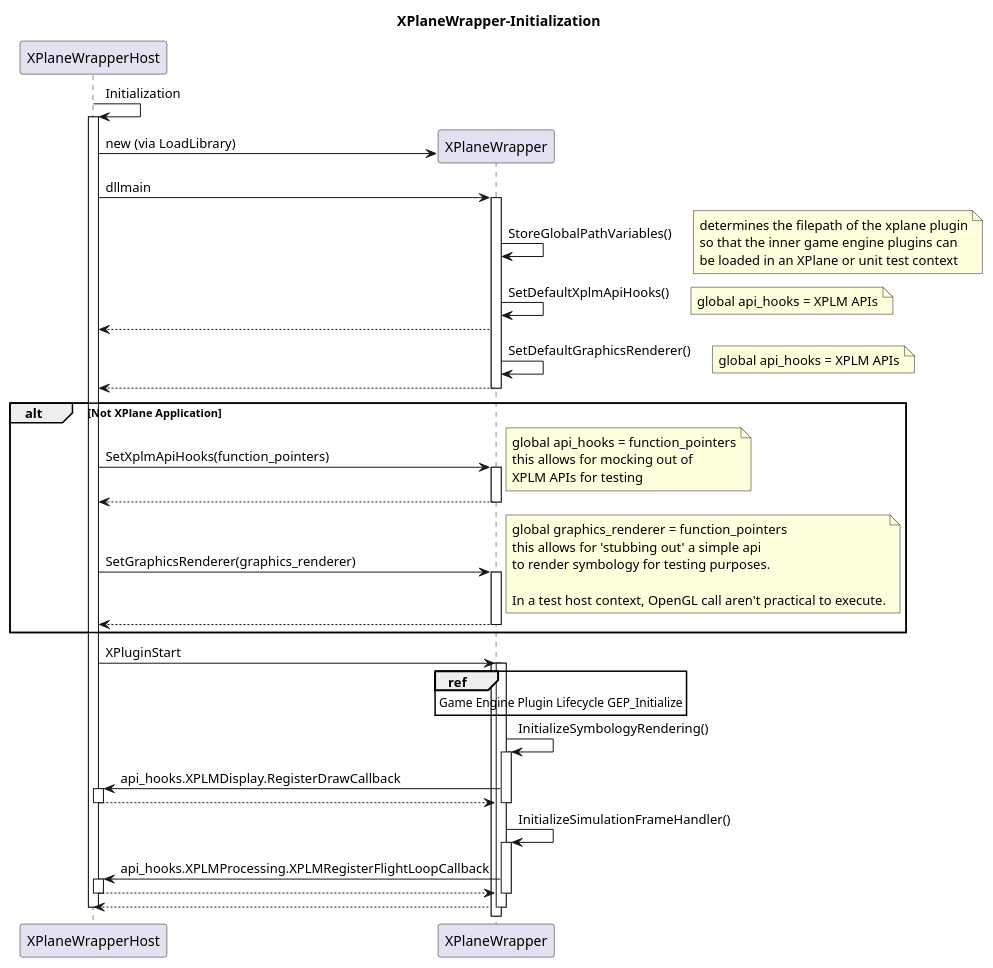
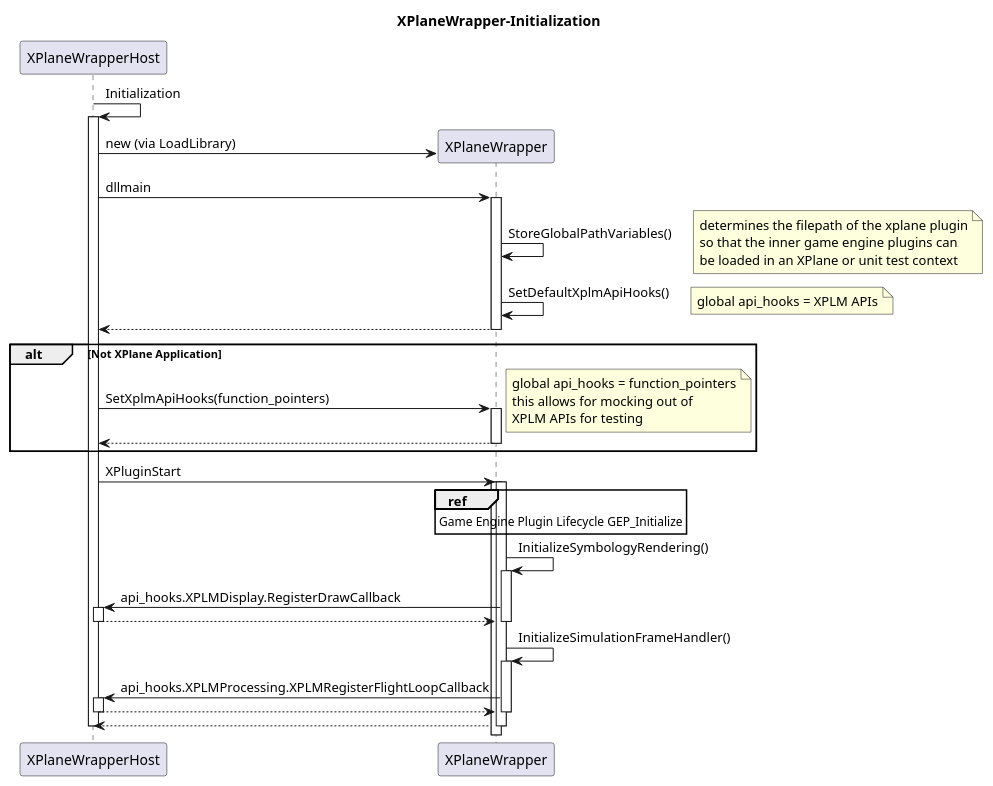
One commit to stevostj/Sandbox changed the diagram in GameEnginePlugin/Docs/SourceDiagrams/GameEnginePlugin-XPlaneWrapperInitialization-Sequence.plantuml. Above: the diagram before and after it, drawn with PlantUML. The commit also changed 5 other files, not shown here.

```diff
--- a/GameEnginePlugin/Docs/SourceDiagrams/GameEnginePlugin-XPlaneWrapperInitialization-Sequence.plantuml
+++ b/GameEnginePlugin/Docs/SourceDiagrams/GameEnginePlugin-XPlaneWrapperInitialization-Sequence.plantuml
@@ -1,89 +1,73 @@
 @startuml
 
 title "XPlaneWrapper-Initialization"
 
 participant "XPlaneWrapperHost" as XPWH
 
 XPWH -> XPWH: Initialization
 activate XPWH
 
 create participant "XPlaneWrapper" as XPW
 XPWH -> XPW: new (via LoadLibrary)
 XPWH -> XPW: dllmain
 activate XPW
 XPW -> XPW: StoreGlobalPathVariables()
 note right
 determines the filepath of the xplane plugin
 so that the inner game engine plugins can
 be loaded in an XPlane or unit test context
 end note
 XPW -> XPW: SetDefaultXplmApiHooks()
 note right
 global api_hooks = XPLM APIs
 end note
 XPW --> XPWH
 
-XPW -> XPW: SetDefaultGraphicsRenderer()
-note right
-global api_hooks = XPLM APIs
-end note
-XPW --> XPWH
-
 deactivate XPW
 
 alt Not XPlane Application
+
 XPWH -> XPW: SetXplmApiHooks(function_pointers)
 note right
 global api_hooks = function_pointers
 this allows for mocking out of 
 XPLM APIs for testing
 end note
 activate XPW
 XPW --> XPWH
 deactivate XPW
 
-XPWH -> XPW: SetGraphicsRenderer(graphics_renderer)
-note right
-global graphics_renderer = function_pointers
-this allows for 'stubbing out' a simple api
-to render symbology for testing purposes.
-
-In a test host context, OpenGL call aren't practical to execute.
-end note
-activate XPW
-XPW --> XPWH
-deactivate XPW
 end
 
 XPWH -> XPW: XPluginStart
 activate XPW
 ref over XPW
 Game Engine Plugin Lifecycle GEP_Initialize
 end ref
 
 activate XPW
 XPW -> XPW: InitializeSymbologyRendering()
 activate XPW
 XPW -> XPWH: api_hooks.XPLMDisplay.RegisterDrawCallback
 activate XPWH
 XPWH --> XPW
 deactivate XPWH
 deactivate XPW
 
 XPW -> XPW: InitializeSimulationFrameHandler()
 activate XPW
 XPW -> XPWH: api_hooks.XPLMProcessing.XPLMRegisterFlightLoopCallback
 activate XPWH
 XPWH --> XPW
 deactivate XPWH
 deactivate XPW
 
 XPW --> XPWH
 deactivate XPW
 
 
 
 deactivate XPWH
 
 
 @enduml
```
